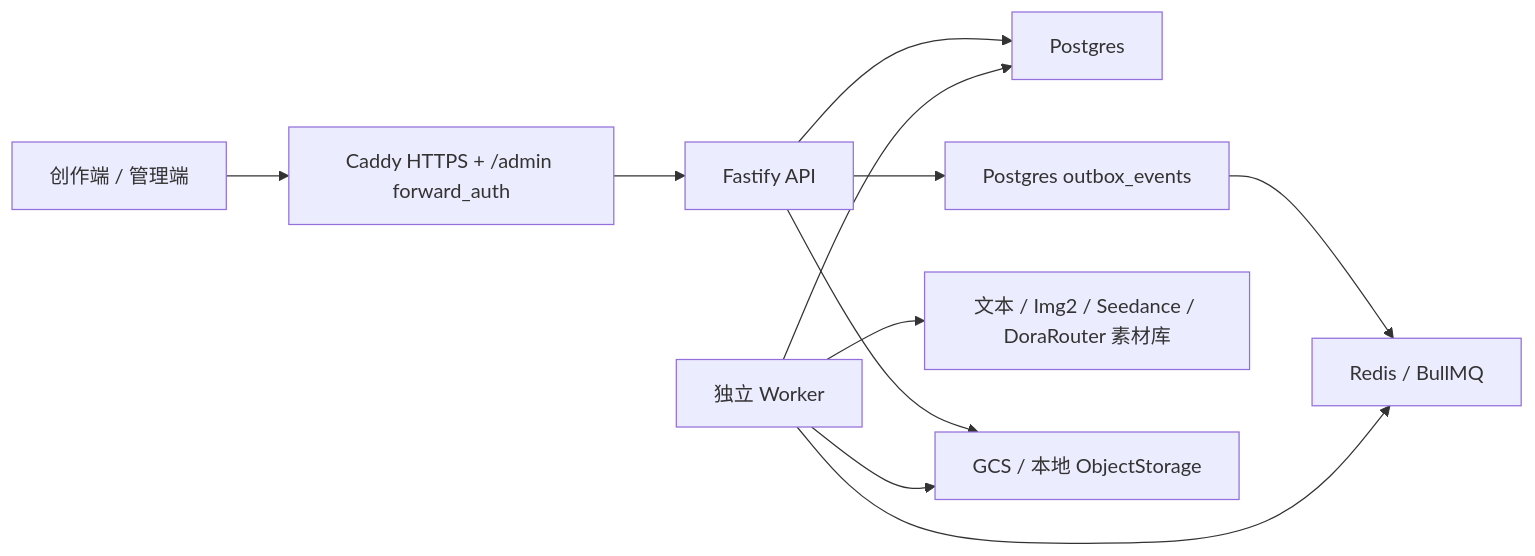
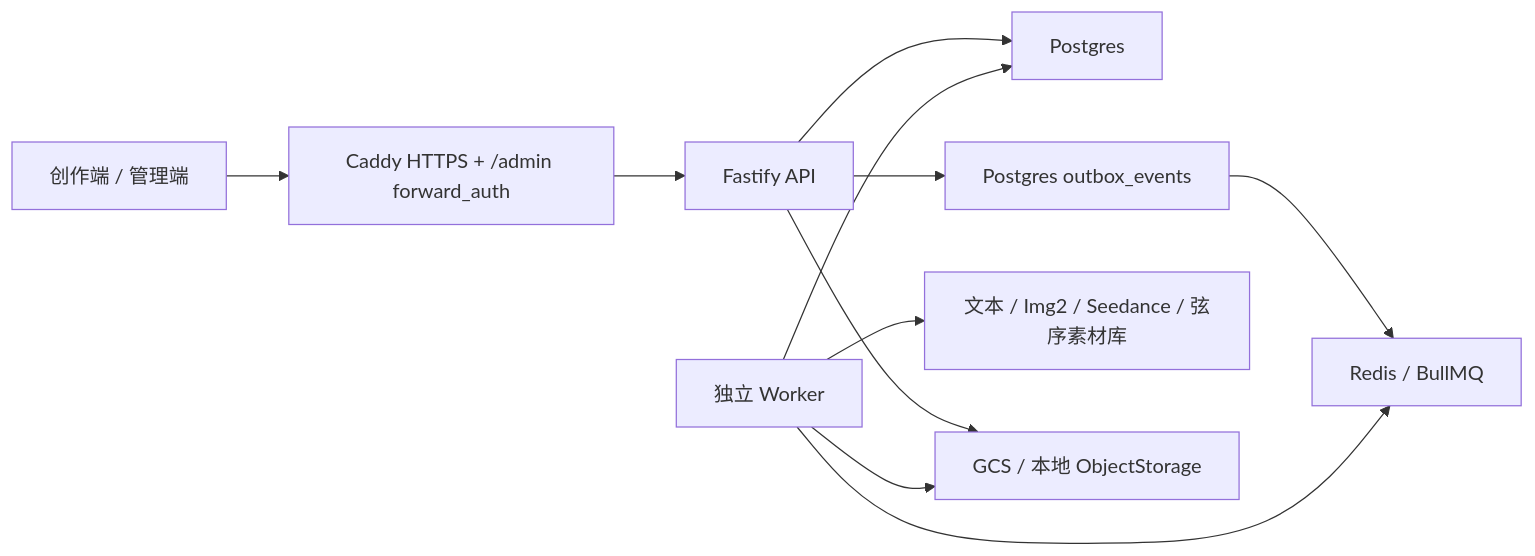
Before and after one commit to usaaron/AIGC_Video_Platform: the diagram in docs/CURRENT_STATE.md, drawn with Mermaid. The commit also changed other lines of this file and 39 other files, not shown here.

````diff
--- a/docs/CURRENT_STATE.md
+++ b/docs/CURRENT_STATE.md
@@ -104,13 +108,13 @@
 ```mermaid
 flowchart LR
   Browser["创作端 / 管理端"] --> Caddy["Caddy HTTPS + /admin forward_auth"]
   Caddy --> API["Fastify API"]
   API --> PG["Postgres"]
   API --> Outbox["Postgres outbox_events"]
   Outbox --> Redis["Redis / BullMQ"]
   Worker["独立 Worker"] --> Redis
   Worker --> PG
-  Worker --> Providers["文本 / Img2 / Seedance / DoraRouter 素材库"]
+  Worker --> Providers["文本 / Img2 / Seedance / 弦序素材库"]
   API --> Storage["GCS / 本地 ObjectStorage"]
   Worker --> Storage
 ```
````
